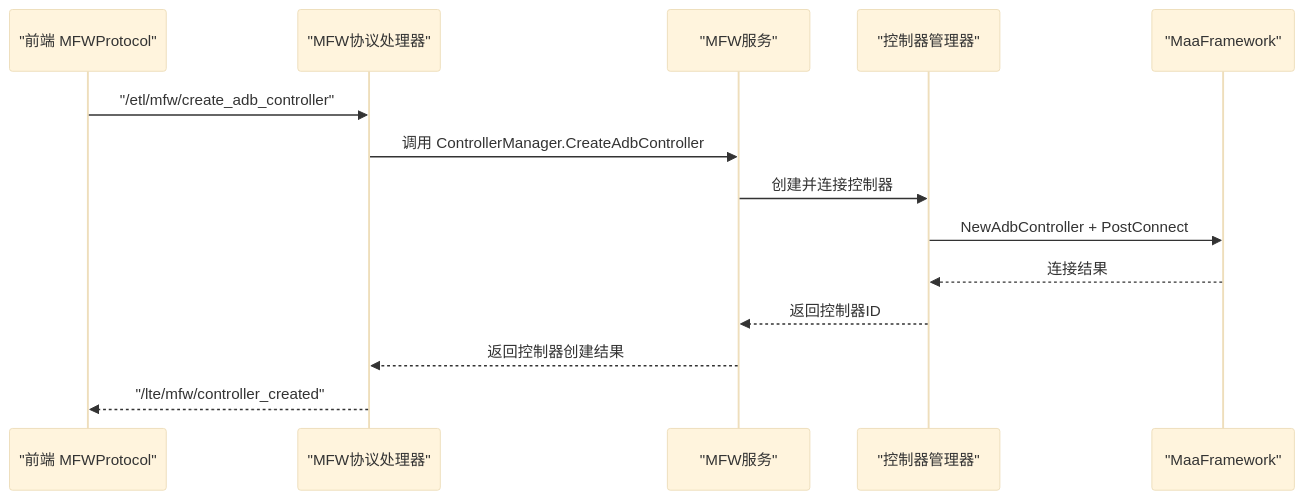
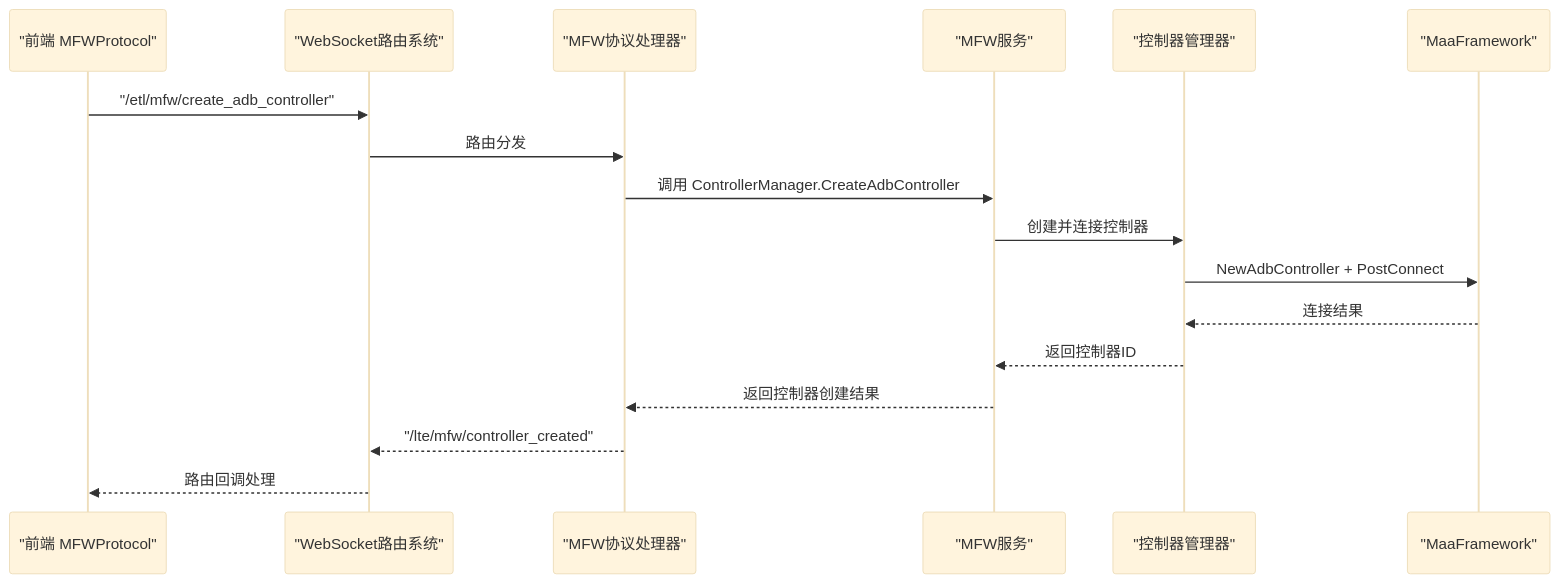
The second of 11 diagrams in .qoder/repowiki/zh/content/核心概念/通信协议/MFW协议.md (kqcoxn/MaaPipelineEditor), drawn with Mermaid (base theme) before and after one commit. The commit also changed other lines of this file and 8 other files, not shown here.

````diff
--- a/.qoder/repowiki/zh/content/核心概念/通信协议/MFW协议.md
+++ b/.qoder/repowiki/zh/content/核心概念/通信协议/MFW协议.md
@@ -133,16 +140,19 @@
 ```mermaid
 sequenceDiagram
 participant FE as "前端 MFWProtocol"
+participant WS as "WebSocket路由系统"
 participant Proto as "MFW协议处理器"
 participant Svc as "MFW服务"
 participant Ctl as "控制器管理器"
 participant FW as "MaaFramework"
-FE->>Proto : "/etl/mfw/create_adb_controller"
+FE->>WS : "/etl/mfw/create_adb_controller"
+WS->>Proto : 路由分发
 Proto->>Svc : 调用 ControllerManager.CreateAdbController
 Svc->>Ctl : 创建并连接控制器
 Ctl->>FW : NewAdbController + PostConnect
 FW-->>Ctl : 连接结果
 Ctl-->>Svc : 返回控制器ID
 Svc-->>Proto : 返回控制器创建结果
-Proto-->>FE : "/lte/mfw/controller_created"
+Proto-->>WS : "/lte/mfw/controller_created"
+WS-->>FE : 路由回调处理
 ```
````
